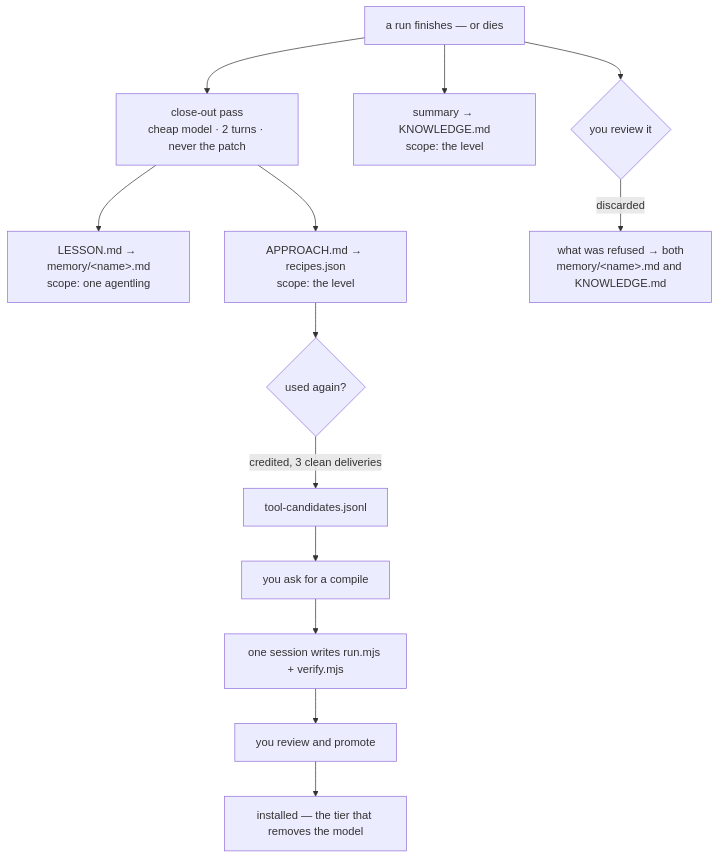
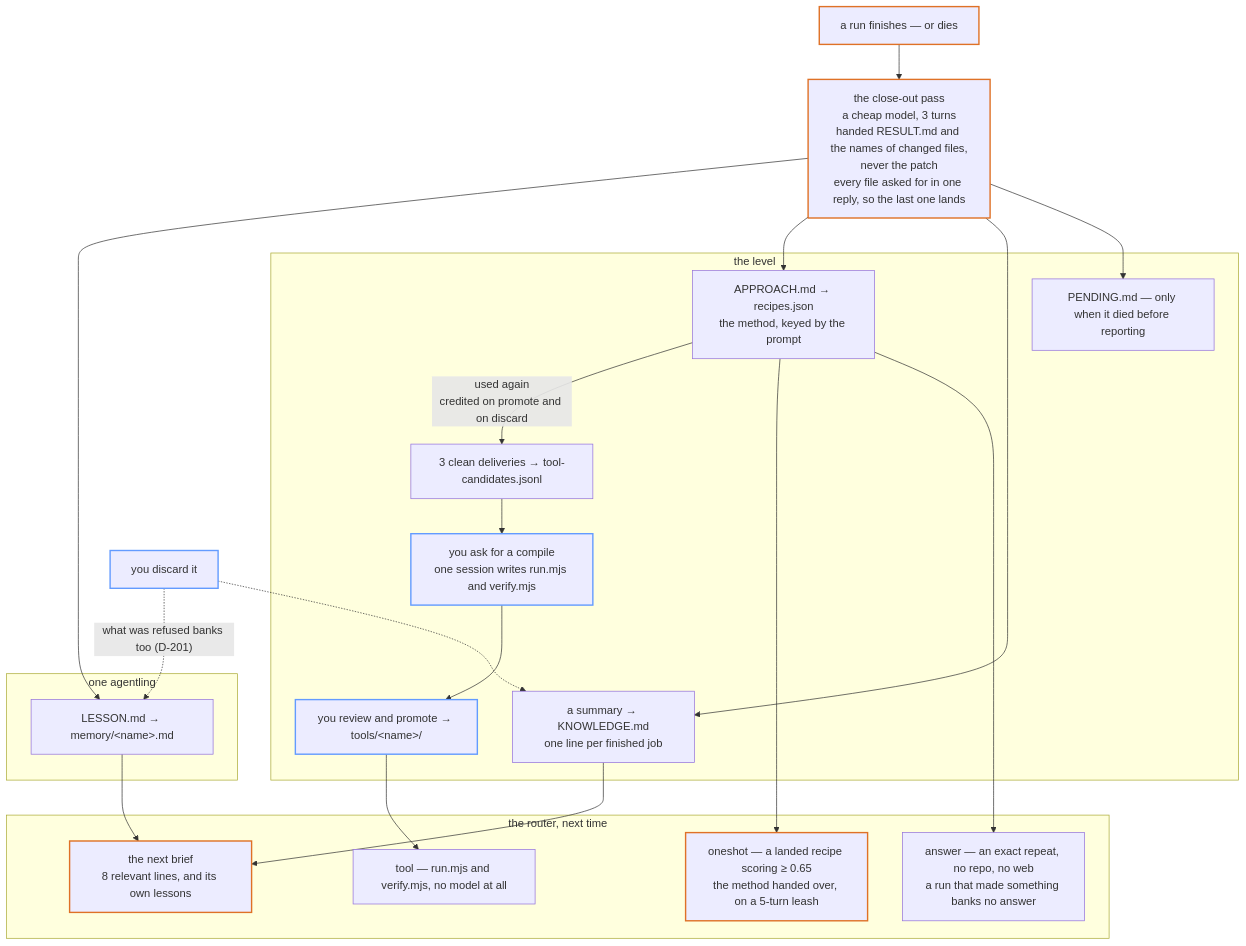
One commit to briant92/Agentlings changed the third of 6 diagrams in AGENTLING.md. Above: the diagram before and after it, drawn with Mermaid. The commit also changed other lines of this file and 2 other files, not shown here.

First line of the commit message:
D-282: the platform drawn once — the spine and the install in the README, four cutaways in AGENTLING.md

````diff
--- a/AGENTLING.md
+++ b/AGENTLING.md
@@ -1167,15 +1185,35 @@
 ```mermaid
-flowchart TD
-  R["a run finishes — or dies"] --> C["close-out pass<br/>cheap model · 2 turns · never the patch"]
-  C --> L["LESSON.md → memory/&lt;name&gt;.md<br/>scope: one agentling"]
-  C --> A["APPROACH.md → recipes.json<br/>scope: the level"]
-  R --> K["summary → KNOWLEDGE.md<br/>scope: the level"]
-  R --> D{"you review it"}
-  D -->|"discarded"| X["what was refused → both<br/>memory/&lt;name&gt;.md and KNOWLEDGE.md"]
-  A --> M{"used again?"}
-  M -->|"credited, 3 clean deliveries"| T["tool-candidates.jsonl"]
-  T --> P["you ask for a compile"]
-  P --> W["one session writes run.mjs + verify.mjs"]
-  W --> V["you review and promote"]
-  V --> I["installed — the tier that removes the model"]
+flowchart TB
+  classDef sess stroke:#df7126,stroke-width:2px
+  classDef you stroke:#639bff,stroke-width:2px
+  r0["a run finishes — or dies"]:::sess --> c0["the close-out pass<br/>a cheap model, 3 turns<br/>handed RESULT.md and the names of changed files,<br/>never the patch<br/>every file asked for in one reply, so the last one lands"]:::sess
+  x0["you discard it"]:::you
+  subgraph sa["one agentling"]
+    l1["LESSON.md → memory/&lt;name&gt;.md"]
+  end
+  subgraph sl["the level"]
+    a1["APPROACH.md → recipes.json<br/>the method, keyed by the prompt"]
+    k1["a summary → KNOWLEDGE.md<br/>one line per finished job"]
+    p1["PENDING.md — only when it died before reporting"]
+    a1 -->|"used again<br/>credited on promote and on discard"| tc["3 clean deliveries → tool-candidates.jsonl"]
+    tc --> co["you ask for a compile<br/>one session writes run.mjs and verify.mjs"]:::you
+    co --> ins["you review and promote → tools/&lt;name&gt;/"]:::you
+  end
+  subgraph nx["the router, next time"]
+    o1["oneshot — a landed recipe scoring ≥ 0.65<br/>the method handed over, on a 5-turn leash"]:::sess
+    b1["the next brief<br/>8 relevant lines, and its own lessons"]:::sess
+    an["answer — an exact repeat, no repo, no web<br/>a run that made something banks no answer"]
+    tl["tool — run.mjs and verify.mjs, no model at all"]
+  end
+  c0 --> l1
+  c0 --> a1
+  c0 --> k1
+  c0 --> p1
+  x0 -.->|"what was refused banks too (D-201)"| l1
+  x0 -.-> k1
+  a1 --> o1
+  a1 --> an
+  k1 --> b1
+  l1 --> b1
+  ins --> tl
 ```
````
